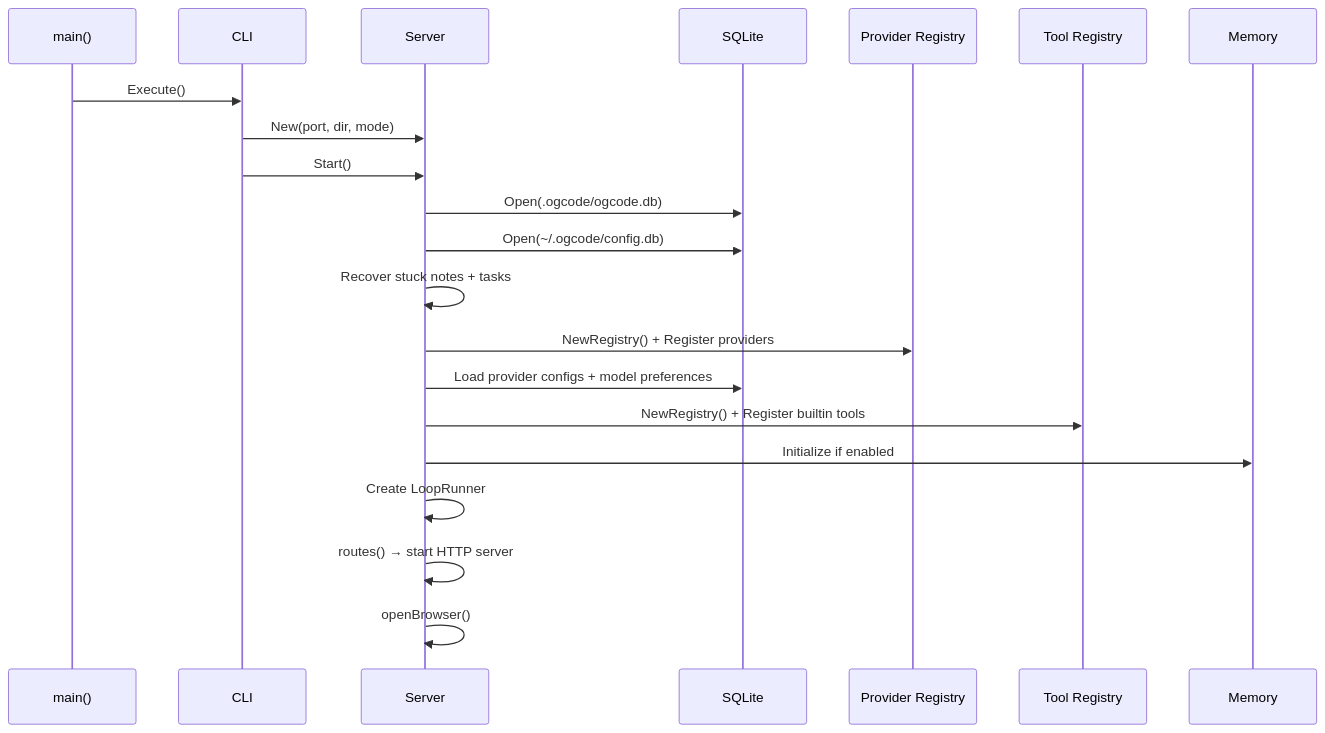
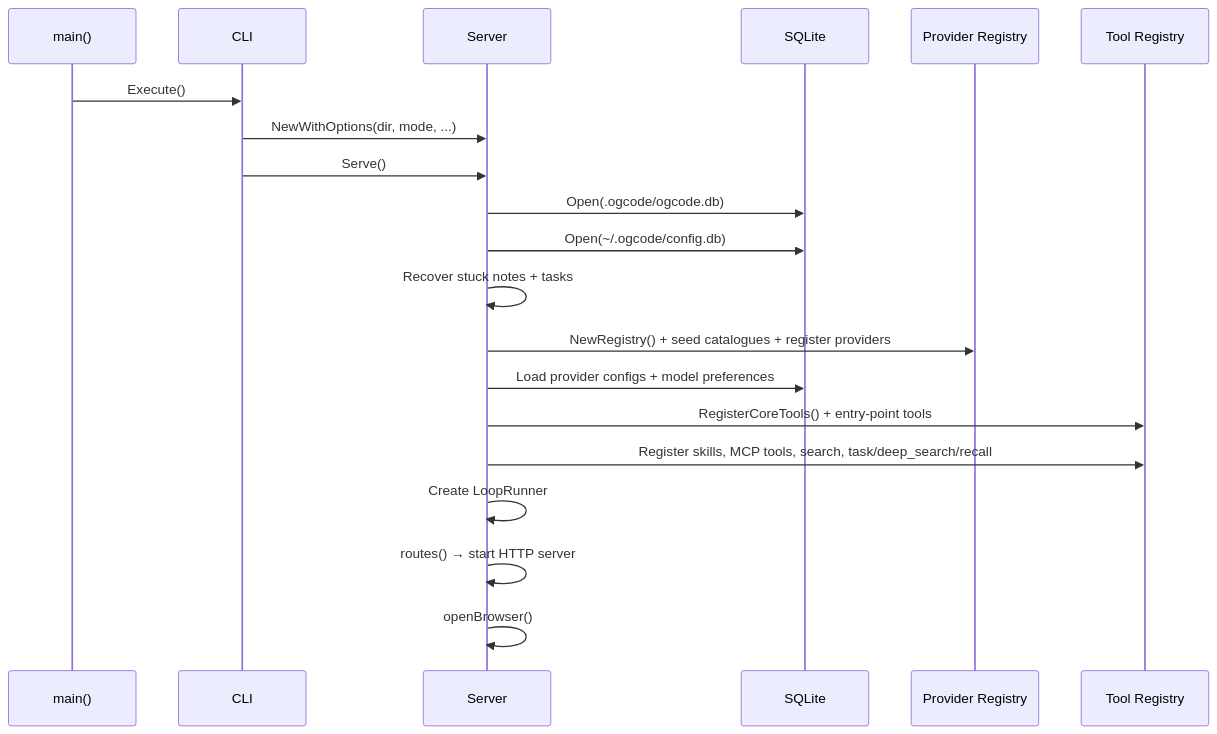
Before and after one commit to prasenjeet-symon/ogcode: the fifth of 5 diagrams in docs/OUTLINE.md, drawn with Mermaid. The commit also changed other lines of this file and 133 other files, not shown here.

````diff
--- a/docs/OUTLINE.md
+++ b/docs/OUTLINE.md
@@ -623,24 +836,23 @@
 ```mermaid
 sequenceDiagram
     participant Main as main()
     participant CLI as CLI
     participant S as Server
     participant DB as SQLite
     participant Reg as Provider Registry
     participant Tools as Tool Registry
-    participant Mem as Memory
 
     Main->>CLI: Execute()
-    CLI->>S: New(port, dir, mode)
-    CLI->>S: Start()
+    CLI->>S: NewWithOptions(dir, mode, ...)
+    CLI->>S: Serve()
     S->>DB: Open(.ogcode/ogcode.db)
     S->>DB: Open(~/.ogcode/config.db)
     S->>S: Recover stuck notes + tasks
-    S->>Reg: NewRegistry() + Register providers
+    S->>Reg: NewRegistry() + seed catalogues + register providers
     S->>DB: Load provider configs + model preferences
-    S->>Tools: NewRegistry() + Register builtin tools
-    S->>Mem: Initialize if enabled
+    S->>Tools: RegisterCoreTools() + entry-point tools
+    S->>Tools: Register skills, MCP tools, search, task/deep_search/recall
     S->>S: Create LoopRunner
     S->>S: routes() → start HTTP server
     S->>S: openBrowser()
 ```
````
